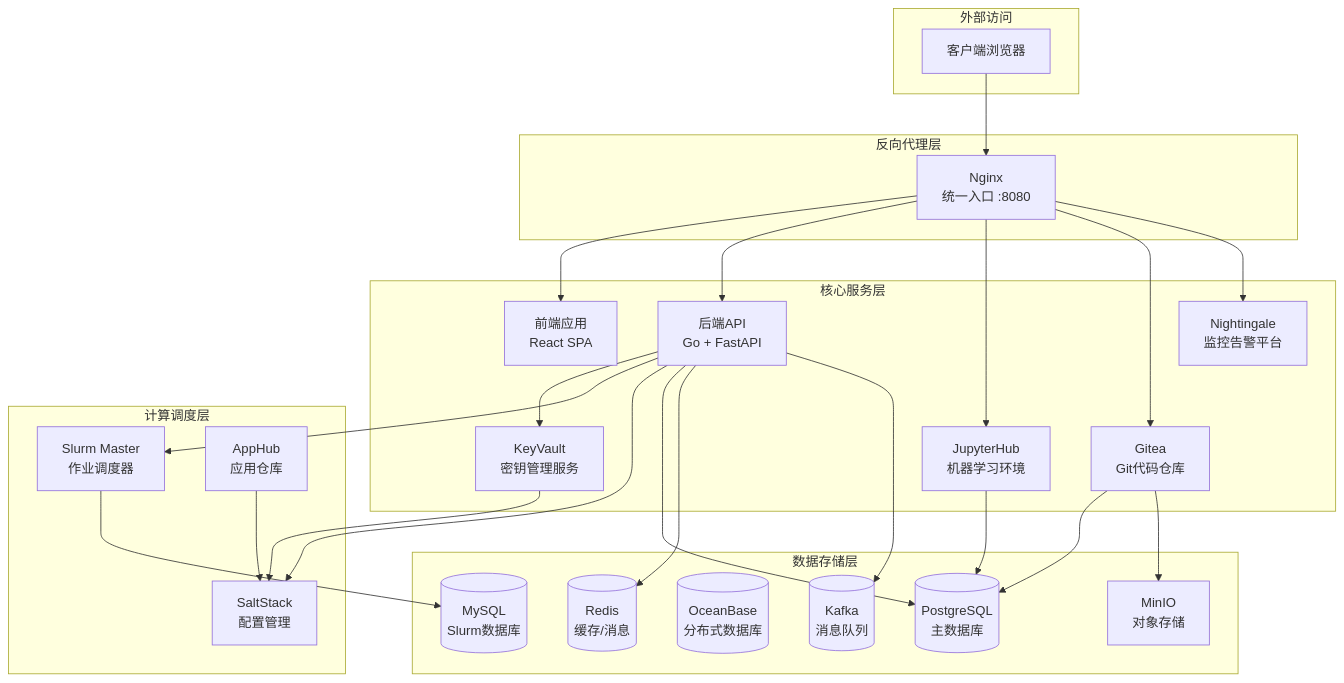
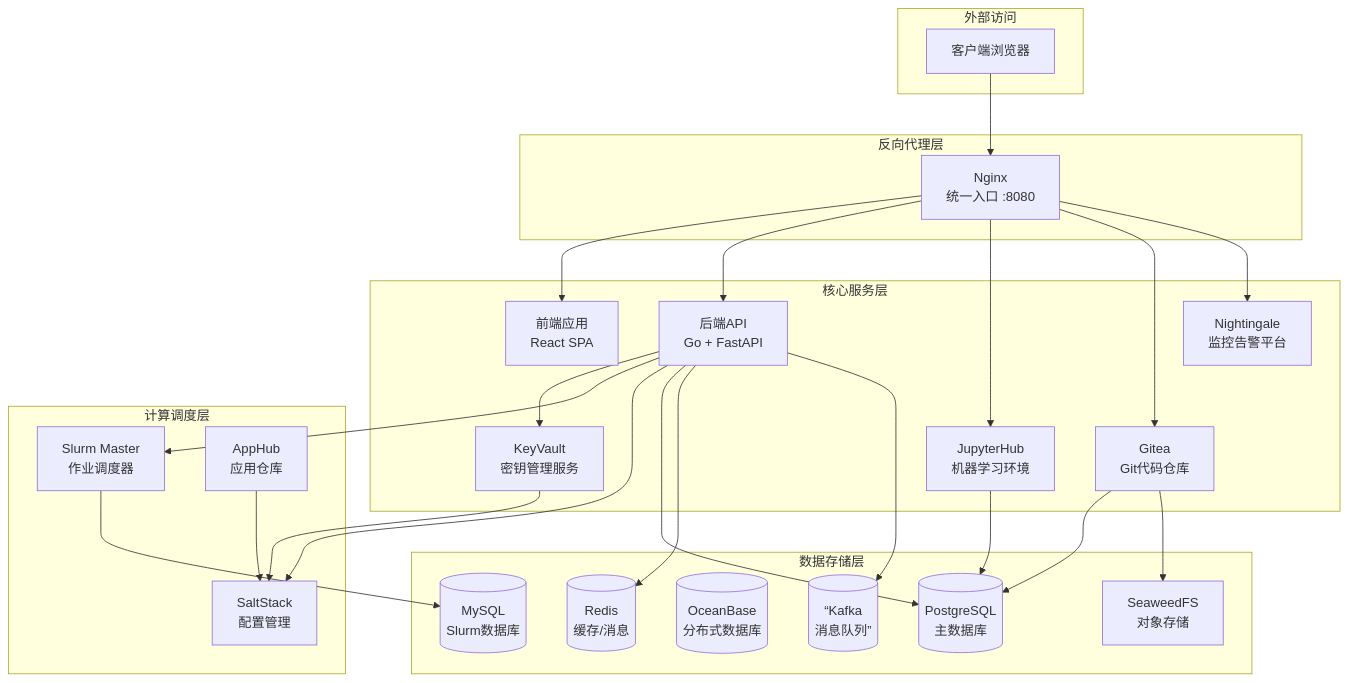
Before and after one commit to aresnasa/ai-infra-matrix: the first of 2 diagrams in README_zh_CN.md, drawn with Mermaid. The commit also changed other lines of this file and 44 other files, not shown here.

````diff
--- a/README_zh_CN.md
+++ b/README_zh_CN.md
@@ -47,55 +47,55 @@
 ```mermaid
 graph TB
     subgraph "外部访问"
         Client[客户端浏览器]
     end
     
     subgraph "反向代理层"
         Nginx[Nginx<br/>统一入口 :8080]
     end
     
     subgraph "核心服务层"
         Frontend[前端应用<br/>React SPA]
         Backend[后端API<br/>Go + FastAPI]
         KeyVault[KeyVault<br/>密钥管理服务]
         JupyterHub[JupyterHub<br/>机器学习环境]
         Gitea[Gitea<br/>Git代码仓库]
         Nightingale[Nightingale<br/>监控告警平台]
     end
     
     subgraph "计算调度层"
         SlurmMaster[Slurm Master<br/>作业调度器]
         SaltStack[SaltStack<br/>配置管理]
         AppHub[AppHub<br/>应用仓库]
     end
     
     subgraph "数据存储层"
         Postgres[(PostgreSQL<br/>主数据库)]
         MySQL[(MySQL<br/>Slurm数据库)]
         OceanBase[(OceanBase<br/>分布式数据库)]
         Redis[(Redis<br/>缓存/消息)]
-        Kafka[(Kafka<br/>消息队列)]
-        MinIO[MinIO<br/>对象存储]
+        Kafka[(“Kafka<br/>消息队列”)]
+        SeaweedFS[SeaweedFS<br/>对象存储]
     end
     
     Client --> Nginx
     Nginx --> Frontend
     Nginx --> Backend
     Nginx --> JupyterHub
     Nginx --> Gitea
     Nginx --> Nightingale
     
     Backend --> KeyVault
     Backend --> SlurmMaster
     Backend --> SaltStack
     Backend --> Postgres
     Backend --> Redis
     Backend --> Kafka
     
     KeyVault --> SaltStack
     JupyterHub --> Postgres
     Gitea --> Postgres
-    Gitea --> MinIO
+    Gitea --> SeaweedFS
     SlurmMaster --> MySQL
     AppHub --> SaltStack
 ```
````
